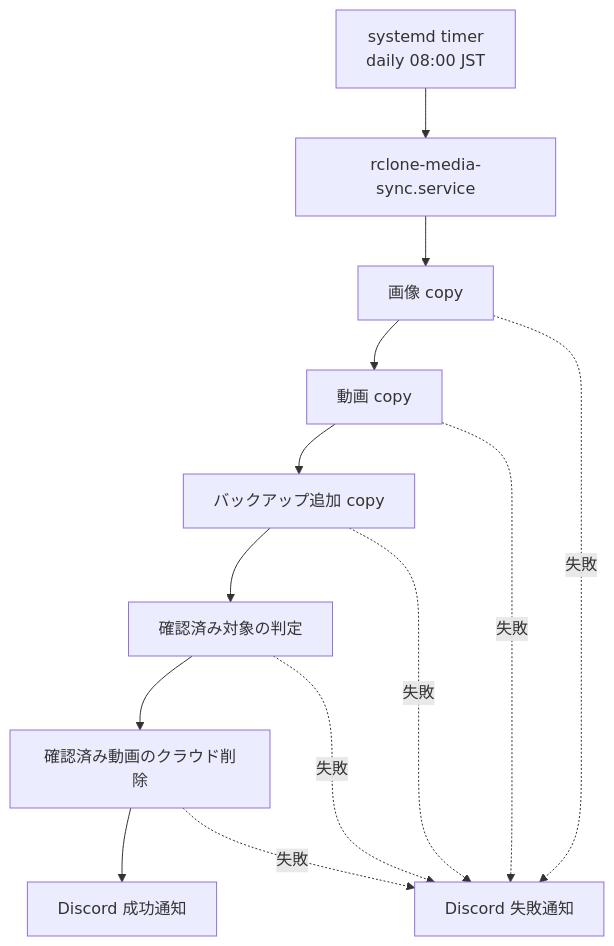
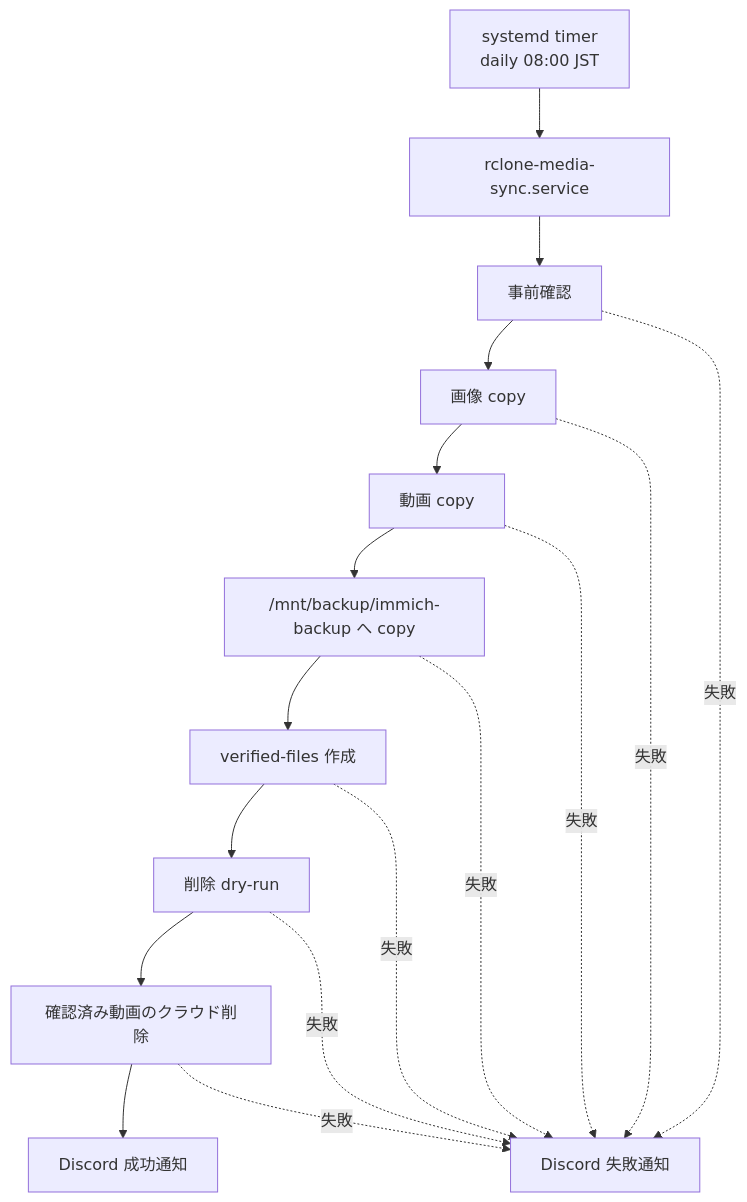
One commit to nuitsjp/ManageMediaServer changed the diagram in docs/同期設計.md. Above: the diagram before and after it, drawn with Mermaid. The commit also changed other lines of this file and 6 other files, not shown here.

````diff
--- a/docs/同期設計.md
+++ b/docs/同期設計.md
@@ -40,26 +45,32 @@
 ```mermaid
 flowchart TD
     timer["systemd timer<br>daily 08:00 JST"]
     service["rclone-media-sync.service"]
+    preflight["事前確認"]
     copyImage["画像 copy"]
     copyVideo["動画 copy"]
-    backup["バックアップ追加 copy"]
-    verify["確認済み対象の判定"]
+    backup["/mnt/backup/immich-backup へ copy"]
+    verify["verified-files 作成"]
+    dryrun["削除 dry-run"]
     delete["確認済み動画のクラウド削除"]
     notifySuccess["Discord 成功通知"]
     notifyFailure["Discord 失敗通知"]
 
     timer --> service
-    service --> copyImage
+    service --> preflight
+    preflight --> copyImage
     copyImage --> copyVideo
     copyVideo --> backup
     backup --> verify
-    verify --> delete
+    verify --> dryrun
+    dryrun --> delete
     delete --> notifySuccess
 
+    preflight -.失敗.-> notifyFailure
     copyImage -.失敗.-> notifyFailure
     copyVideo -.失敗.-> notifyFailure
     backup -.失敗.-> notifyFailure
     verify -.失敗.-> notifyFailure
+    dryrun -.失敗.-> notifyFailure
     delete -.失敗.-> notifyFailure
 ```
````
